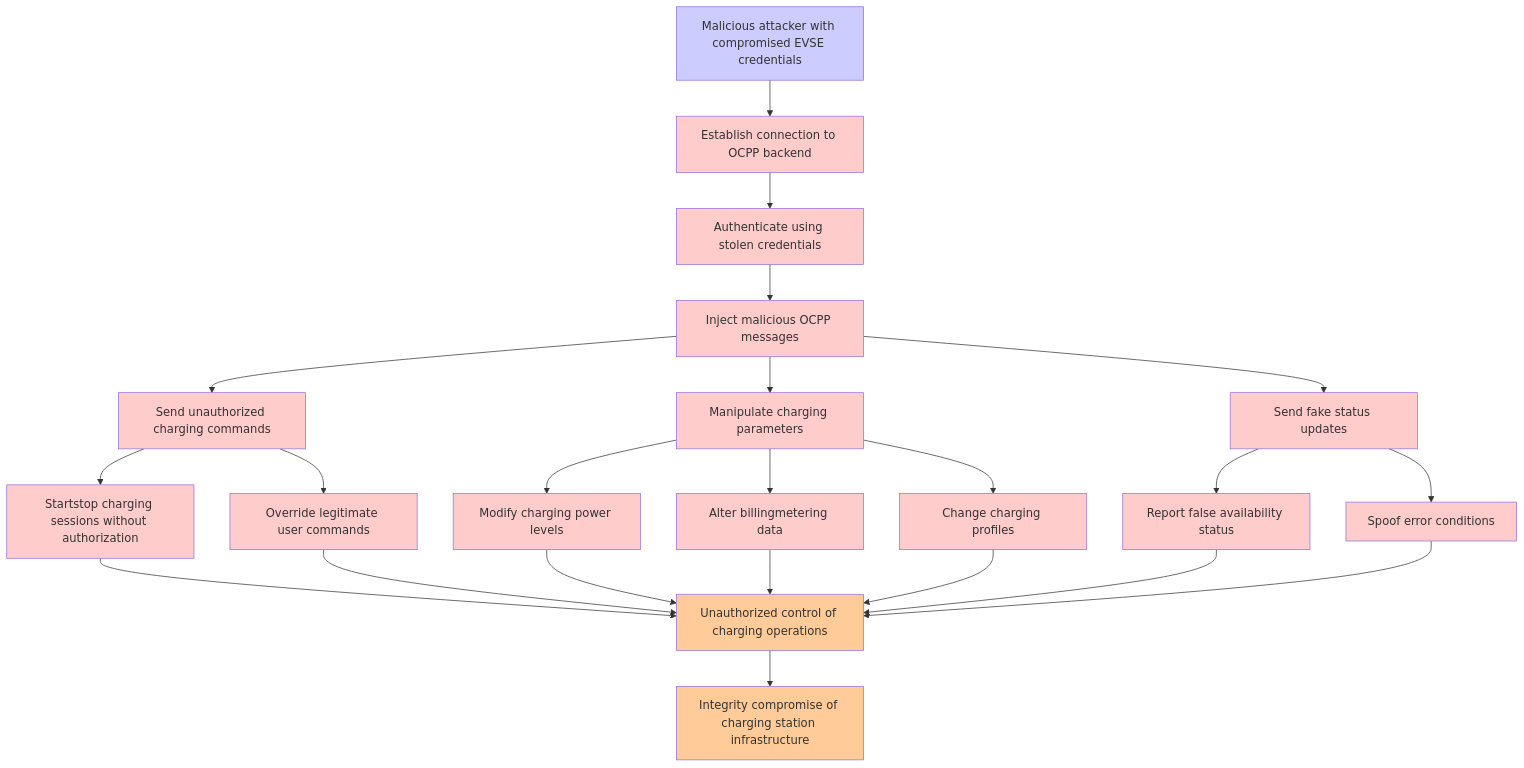
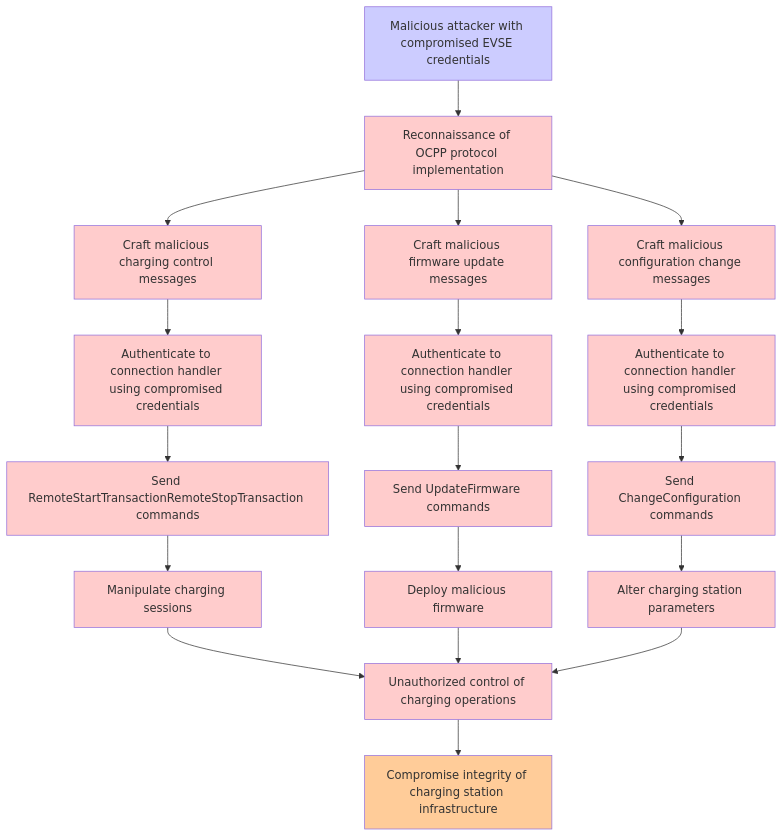
Before and after one commit to aws-samples/sample-agentic-attack-tree-generator: the diagram in threatforest-agentic-application/threatforest-strands/output/attack_trees/vehicle-charging-example/attack_tree_send_malicious_ocpp_messages_connection_handler.md, drawn with Mermaid. The commit also changed 37 other files, not shown here.

````diff
--- a/threatforest-agentic-application/threatforest-strands/output/attack_trees/vehicle-charging-example/attack_tree_send_malicious_ocpp_messages_connection_handler.md
+++ b/threatforest-agentic-application/threatforest-strands/output/attack_trees/vehicle-charging-example/attack_tree_send_malicious_ocpp_messages_connection_handler.md
@@ -10,31 +10,27 @@
 ```mermaid
 graph TD
-    A["Malicious attacker with compromised EVSE credentials"] --> B["Establish connection to OCPP backend"]
-    B --> C["Authenticate using stolen credentials"]
-    C --> D["Inject malicious OCPP messages"]
-    D --> E["Send unauthorized charging commands"]
-    D --> F["Manipulate charging parameters"]
-    D --> G["Send fake status updates"]
-    E --> H["Startstop charging sessions without authorization"]
-    E --> I["Override legitimate user commands"]
-    F --> J["Modify charging power levels"]
-    F --> K["Alter billingmetering data"]
-    F --> L["Change charging profiles"]
-    G --> M["Report false availability status"]
-    G --> N["Spoof error conditions"]
-    H --> O["Unauthorized control of charging operations"]
-    I --> O
-    J --> O
-    K --> O
-    L --> O
-    M --> O
-    N --> O
-    O --> P["Integrity compromise of charging station infrastructure"]
+    Start["Malicious attacker with compromised EVSE credentials"] --> Recon["Reconnaissance of OCPP protocol implementation"]
+    Recon --> Path1A["Craft malicious charging control messages"]
+    Recon --> Path1B["Craft malicious firmware update messages"]
+    Recon --> Path1C["Craft malicious configuration change messages"]
+    Path1A --> Auth1["Authenticate to connection handler using compromised credentials"]
+    Path1B --> Auth2["Authenticate to connection handler using compromised credentials"]
+    Path1C --> Auth3["Authenticate to connection handler using compromised credentials"]
+    Auth1 --> Send1["Send RemoteStartTransactionRemoteStopTransaction commands"]
+    Auth2 --> Send2["Send UpdateFirmware commands"]
+    Auth3 --> Send3["Send ChangeConfiguration commands"]
+    Send1 --> Exploit1["Manipulate charging sessions"]
+    Send2 --> Exploit2["Deploy malicious firmware"]
+    Send3 --> Exploit3["Alter charging station parameters"]
+    Exploit1 --> Impact["Unauthorized control of charging operations"]
+    Exploit2 --> Impact
+    Exploit3 --> Impact
+    Impact --> Goal["Compromise integrity of charging station infrastructure"]
     classDef attack fill:#ffcccc
     classDef goal fill:#ffcc99
     classDef fact fill:#ccccff
-    class B,C,D,E,F,G,H,I,J,K,L,M,N attack
-    class O,P goal
-    class A fact
+    class Recon,Path1A,Path1B,Path1C,Auth1,Auth2,Auth3,Send1,Send2,Send3,Exploit1,Exploit2,Exploit3,Impact attack
+    class Goal goal
+    class Start fact
     classDef mitigation fill:#ccffcc
 ```
````
